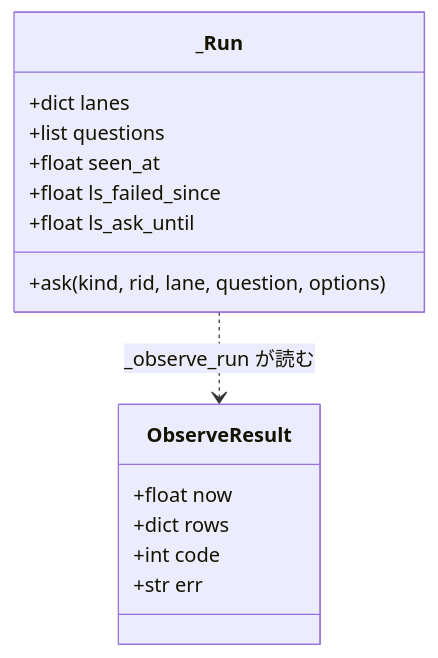
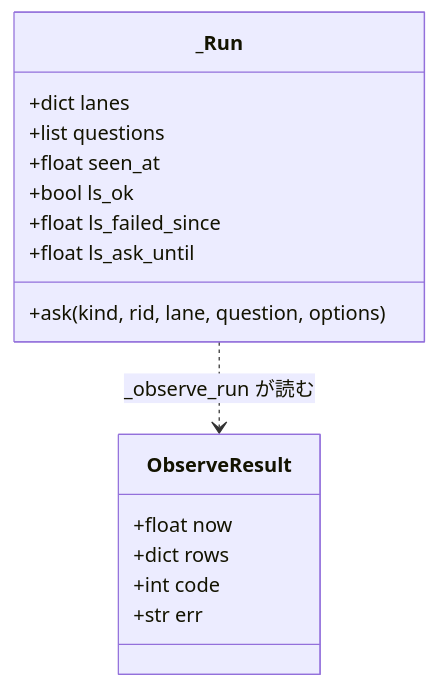
The third of 6 diagrams in issues/issue-2509-design.md (devbasex/ai-plugins), drawn with Mermaid before and after one commit. The commit also changed other lines of this file and 2 other files, not shown here.

````diff
--- a/issues/issue-2509-design.md
+++ b/issues/issue-2509-design.md
@@ -161,18 +161,19 @@
 ```mermaid
 classDiagram
     class _Run {
         +dict lanes
         +list questions
         +float seen_at
+        +bool ls_ok
         +float ls_failed_since
         +float ls_ask_until
         +ask(kind, rid, lane, question, options)
     }
     class ObserveResult {
         +float now
         +dict rows
         +int code
         +str err
     }
     _Run ..> ObserveResult : _observe_run が読む
 ```
````
